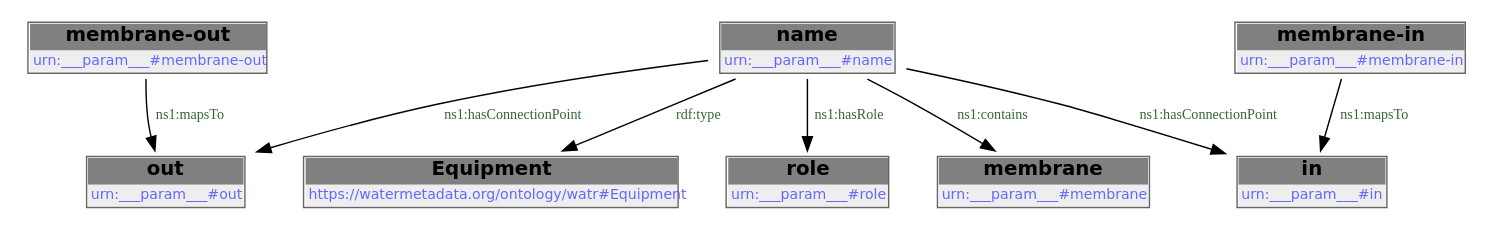
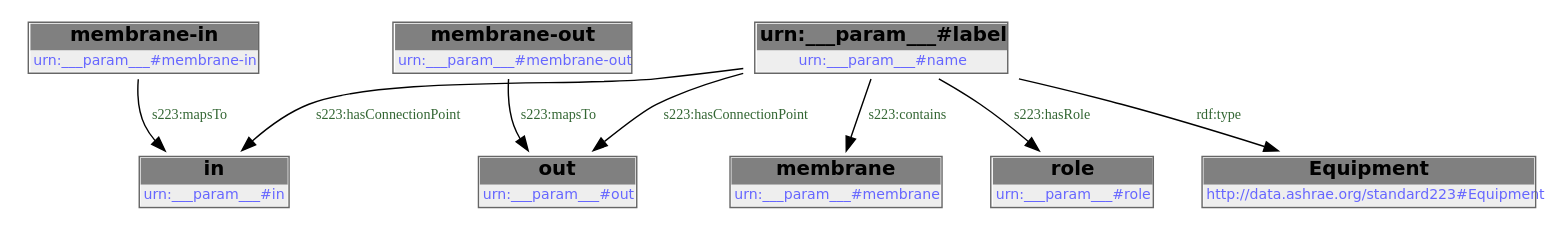
Before and after one commit to DataDrivenCPS/water-ontology: the diagram in docs/libraries/templates/membrane-module.rst, drawn with Graphviz. The commit also changed other lines of this file and 83 other files, not shown here.

```diff
--- a/docs/libraries/templates/membrane-module.rst
+++ b/docs/libraries/templates/membrane-module.rst
@@ -109,20 +116,28 @@
-        .. graphviz::
+.. graphviz::
 
-                digraph G {
-            node [fontname="DejaVu Sans"];
-            node0 -> node1 [color=BLACK, label=< <font point-size='10' color='#336633'>rdf:type</font> >];
-            node0 -> node2 [color=BLACK, label=< <font point-size='10' color='#336633'>ns1:hasConnectionPoint</font> >];
-            node3 -> node4 [color=BLACK, label=< <font point-size='10' color='#336633'>ns1:mapsTo</font> >];
-            node0 -> node4 [color=BLACK, label=< <font point-size='10' color='#336633'>ns1:hasConnectionPoint</font> >];
-            node5 -> node2 [color=BLACK, label=< <font point-size='10' color='#336633'>ns1:mapsTo</font> >];
-            node0 -> node6 [color=BLACK, label=< <font point-size='10' color='#336633'>ns1:hasRole</font> >];
-            node0 -> node7 [color=BLACK, label=< <font point-size='10' color='#336633'>ns1:contains</font> >];
-            node0 [shape=none, color=black, label=< <table color='#666666' cellborder='0' cellspacing='0' border='1'><tr><td colspan='2' bgcolor='grey'><B>name</B></td></tr><tr><td href='urn:___param___#name' bgcolor='#eeeeee' colspan='2'><font point-size='10' color='#6666ff'>urn:___param___#name</font></td></tr></table> >];
-            node1 [shape=none, color=black, label=< <table color='#666666' cellborder='0' cellspacing='0' border='1'><tr><td colspan='2' bgcolor='grey'><B>Equipment</B></td></tr><tr><td href='https://watermetadata.org/ontology/watr#Equipment' bgcolor='#eeeeee' colspan='2'><font point-size='10' color='#6666ff'>https://watermetadata.org/ontology/watr#Equipment</font></td></tr></table> >];
-            node2 [shape=none, color=black, label=< <table color='#666666' cellborder='0' cellspacing='0' border='1'><tr><td colspan='2' bgcolor='grey'><B>in</B></td></tr><tr><td href='urn:___param___#in' bgcolor='#eeeeee' colspan='2'><font point-size='10' color='#6666ff'>urn:___param___#in</font></td></tr></table> >];
-            node3 [shape=none, color=black, label=< <table color='#666666' cellborder='0' cellspacing='0' border='1'><tr><td colspan='2' bgcolor='grey'><B>membrane-out</B></td></tr><tr><td href='urn:___param___#membrane-out' bgcolor='#eeeeee' colspan='2'><font point-size='10' color='#6666ff'>urn:___param___#membrane-out</font></td></tr></table> >];
-            node4 [shape=none, color=black, label=< <table color='#666666' cellborder='0' cellspacing='0' border='1'><tr><td colspan='2' bgcolor='grey'><B>out</B></td></tr><tr><td href='urn:___param___#out' bgcolor='#eeeeee' colspan='2'><font point-size='10' color='#6666ff'>urn:___param___#out</font></td></tr></table> >];
-            node5 [shape=none, color=black, label=< <table color='#666666' cellborder='0' cellspacing='0' border='1'><tr><td colspan='2' bgcolor='grey'><B>membrane-in</B></td></tr><tr><td href='urn:___param___#membrane-in' bgcolor='#eeeeee' colspan='2'><font point-size='10' color='#6666ff'>urn:___param___#membrane-in</font></td></tr></table> >];
-            node6 [shape=none, color=black, label=< <table color='#666666' cellborder='0' cellspacing='0' border='1'><tr><td colspan='2' bgcolor='grey'><B>role</B></td></tr><tr><td href='urn:___param___#role' bgcolor='#eeeeee' colspan='2'><font point-size='10' color='#6666ff'>urn:___param___#role</font></td></tr></table> >];
-            node7 [shape=none, color=black, label=< <table color='#666666' cellborder='0' cellspacing='0' border='1'><tr><td colspan='2' bgcolor='grey'><B>membrane</B></td></tr><tr><td href='urn:___param___#membrane' bgcolor='#eeeeee' colspan='2'><font point-size='10' color='#6666ff'>urn:___param___#membrane</font></td></tr></table> >];
-            }
+    digraph {
+     node [ fontname="DejaVu Sans" ] ;
+        node0 -> node1 [ color=BLACK, label=< <font point-size='10' color='#336633'>s223:mapsTo</font> > ] ;
+        node2 -> node3 [ color=BLACK, label=< <font point-size='10' color='#336633'>s223:mapsTo</font> > ] ;
+        node4 -> node5 [ color=BLACK, label=< <font point-size='10' color='#336633'>s223:contains</font> > ] ;
+        node4 -> node1 [ color=BLACK, label=< <font point-size='10' color='#336633'>s223:hasConnectionPoint</font> > ] ;
+        node4 -> node3 [ color=BLACK, label=< <font point-size='10' color='#336633'>s223:hasConnectionPoint</font> > ] ;
+        node4 -> node6 [ color=BLACK, label=< <font point-size='10' color='#336633'>s223:hasRole</font> > ] ;
+        node4 -> node7 [ color=BLACK, label=< <font point-size='10' color='#336633'>rdf:type</font> > ] ;
+    # urn:___param___#membrane-in node0
+    node0 [ shape=none, color=black label=< <table color='#666666' cellborder='0' cellspacing='0' border='1'><tr><td colspan='2' bgcolor='grey'><B>membrane-in</B></td></tr><tr><td href='urn:___param___#membrane-in' bgcolor='#eeeeee' colspan='2'><font point-size='10' color='#6666ff'>urn:___param___#membrane-in</font></td></tr></table> > ]
+    # urn:___param___#in node1
+    node1 [ shape=none, color=black label=< <table color='#666666' cellborder='0' cellspacing='0' border='1'><tr><td colspan='2' bgcolor='grey'><B>in</B></td></tr><tr><td href='urn:___param___#in' bgcolor='#eeeeee' colspan='2'><font point-size='10' color='#6666ff'>urn:___param___#in</font></td></tr></table> > ]
+    # urn:___param___#membrane-out node2
+    node2 [ shape=none, color=black label=< <table color='#666666' cellborder='0' cellspacing='0' border='1'><tr><td colspan='2' bgcolor='grey'><B>membrane-out</B></td></tr><tr><td href='urn:___param___#membrane-out' bgcolor='#eeeeee' colspan='2'><font point-size='10' color='#6666ff'>urn:___param___#membrane-out</font></td></tr></table> > ]
+    # urn:___param___#out node3
+    node3 [ shape=none, color=black label=< <table color='#666666' cellborder='0' cellspacing='0' border='1'><tr><td colspan='2' bgcolor='grey'><B>out</B></td></tr><tr><td href='urn:___param___#out' bgcolor='#eeeeee' colspan='2'><font point-size='10' color='#6666ff'>urn:___param___#out</font></td></tr></table> > ]
+    # urn:___param___#name node4
+    node4 [ shape=none, color=black label=< <table color='#666666' cellborder='0' cellspacing='0' border='1'><tr><td colspan='2' bgcolor='grey'><B>urn:___param___#label</B></td></tr><tr><td href='urn:___param___#name' bgcolor='#eeeeee' colspan='2'><font point-size='10' color='#6666ff'>urn:___param___#name</font></td></tr></table> > ]
+    # urn:___param___#membrane node5
+    node5 [ shape=none, color=black label=< <table color='#666666' cellborder='0' cellspacing='0' border='1'><tr><td colspan='2' bgcolor='grey'><B>membrane</B></td></tr><tr><td href='urn:___param___#membrane' bgcolor='#eeeeee' colspan='2'><font point-size='10' color='#6666ff'>urn:___param___#membrane</font></td></tr></table> > ]
+    # urn:___param___#role node6
+    node6 [ shape=none, color=black label=< <table color='#666666' cellborder='0' cellspacing='0' border='1'><tr><td colspan='2' bgcolor='grey'><B>role</B></td></tr><tr><td href='urn:___param___#role' bgcolor='#eeeeee' colspan='2'><font point-size='10' color='#6666ff'>urn:___param___#role</font></td></tr></table> > ]
+    # http://data.ashrae.org/standard223#Equipment node7
+    node7 [ shape=none, color=black label=< <table color='#666666' cellborder='0' cellspacing='0' border='1'><tr><td colspan='2' bgcolor='grey'><B>Equipment</B></td></tr><tr><td href='http://data.ashrae.org/standard223#Equipment' bgcolor='#eeeeee' colspan='2'><font point-size='10' color='#6666ff'>http://data.ashrae.org/standard223#Equipment</font></td></tr></table> > ]
+    }
```
